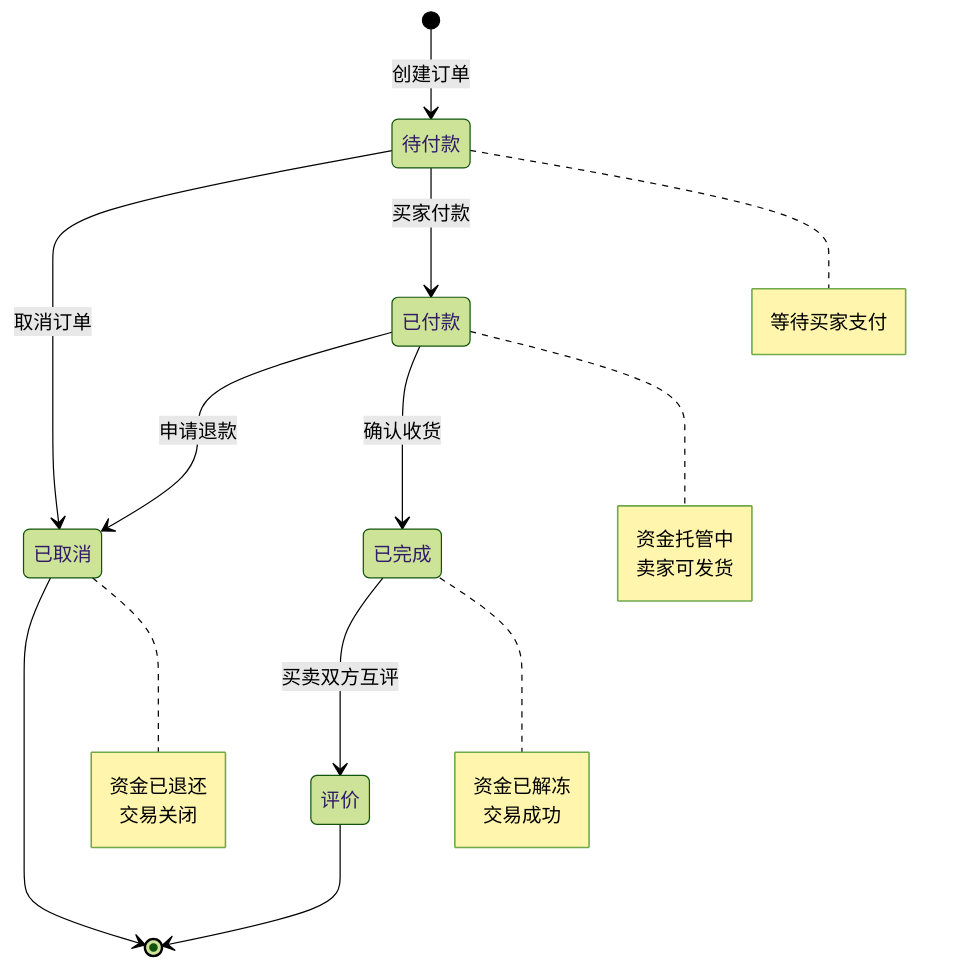
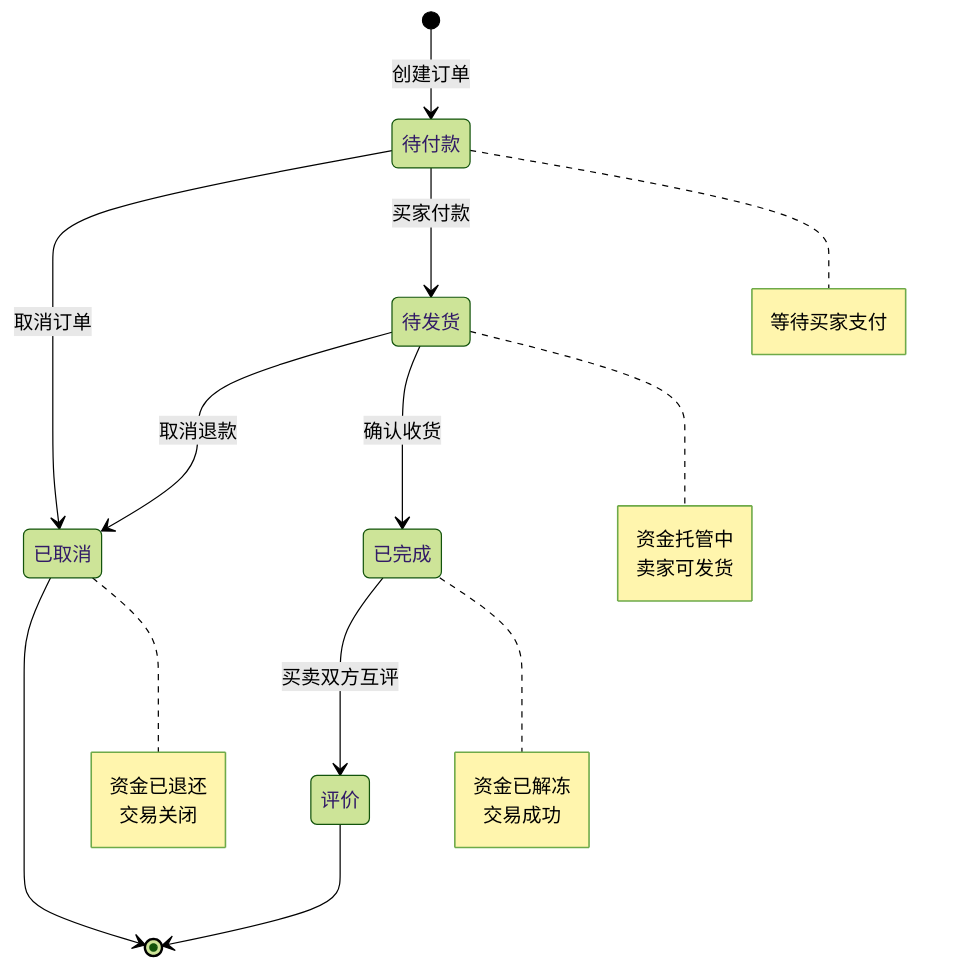
Before and after one commit to Shen-coderhorse/xiantao: the fifth of 11 diagrams in mermaid.md, drawn with Mermaid (forest theme). The commit also changed other lines of this file and 126 other files, not shown here.

````diff
--- a/mermaid.md
+++ b/mermaid.md
@@ -199,16 +233,16 @@
 ```mermaid
 stateDiagram-v2
     [*] --> 待付款: 创建订单
     待付款 --> 已取消: 取消订单
-    待付款 --> 已付款: 买家付款
-    已付款 --> 已取消: 申请退款
-    已付款 --> 已完成: 确认收货
+    待付款 --> 待发货: 买家付款
+    待发货 --> 已取消: 取消退款
+    待发货 --> 已完成: 确认收货
     已完成 --> 评价: 买卖双方互评
     已取消 --> [*]
     评价 --> [*]
 
     note right of 待付款: 等待买家支付
-    note right of 已付款: 资金托管中<br/>卖家可发货
+    note right of 待发货: 资金托管中<br/>卖家可发货
     note right of 已完成: 资金已解冻<br/>交易成功
     note right of 已取消: 资金已退还<br/>交易关闭
 ```
````
